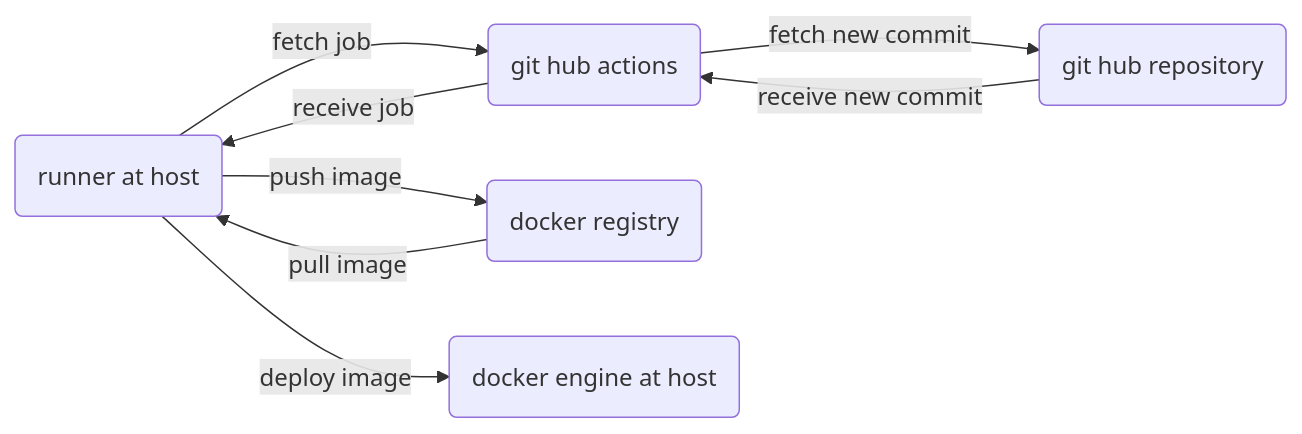
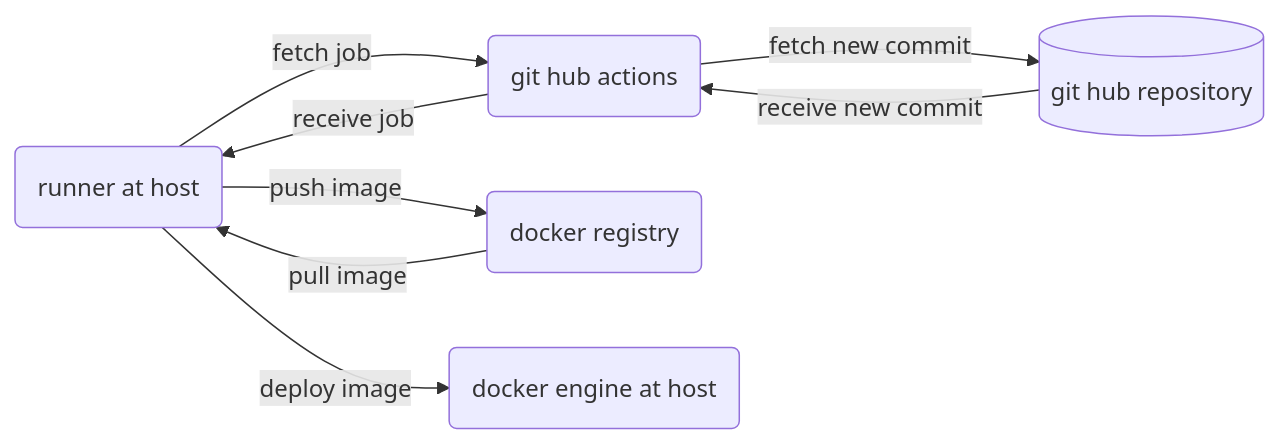
The diagram in github-actions-docker-fullstack/README.md (sauravdwivedi/GitHubActions), drawn with Mermaid before and after one commit. The commit also changed other lines of this file, not shown here.

````diff
--- a/github-actions-docker-fullstack/README.md
+++ b/github-actions-docker-fullstack/README.md
@@ -7,15 +7,15 @@
 ```mermaid
 flowchart LR
     A(runner at host)
     B(git hub actions)
-    C(git hub repository)
+    C[(git hub repository)]
     D(docker registry)
     E(docker engine at host)
     A --> |fetch job| B
     B --> |fetch new commit| C
     C --> |receive new commit| B
     B --> |receive job| A
     A --> |push image| D
     D --> |pull image| A
     A --> |deploy image| E
 ```
````
